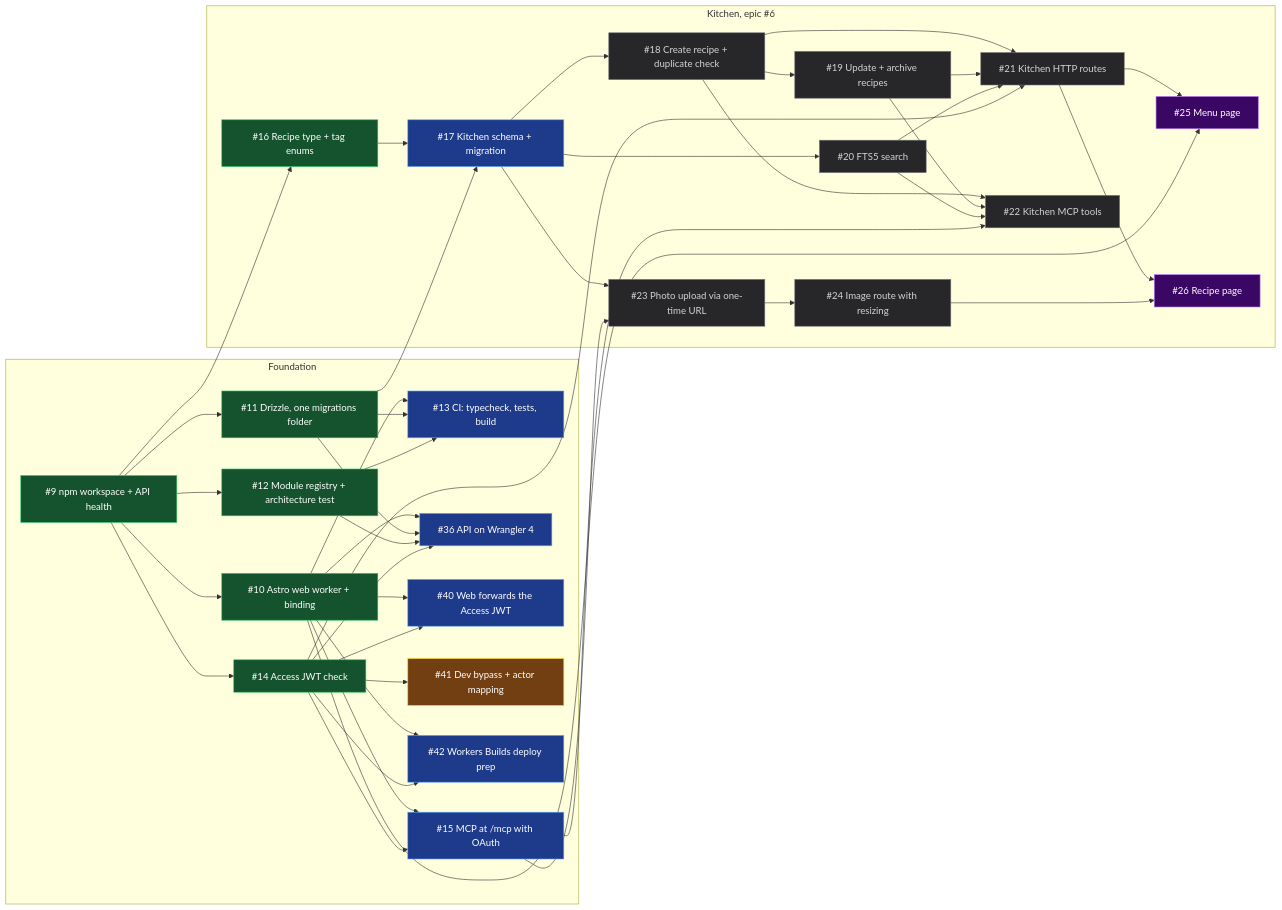
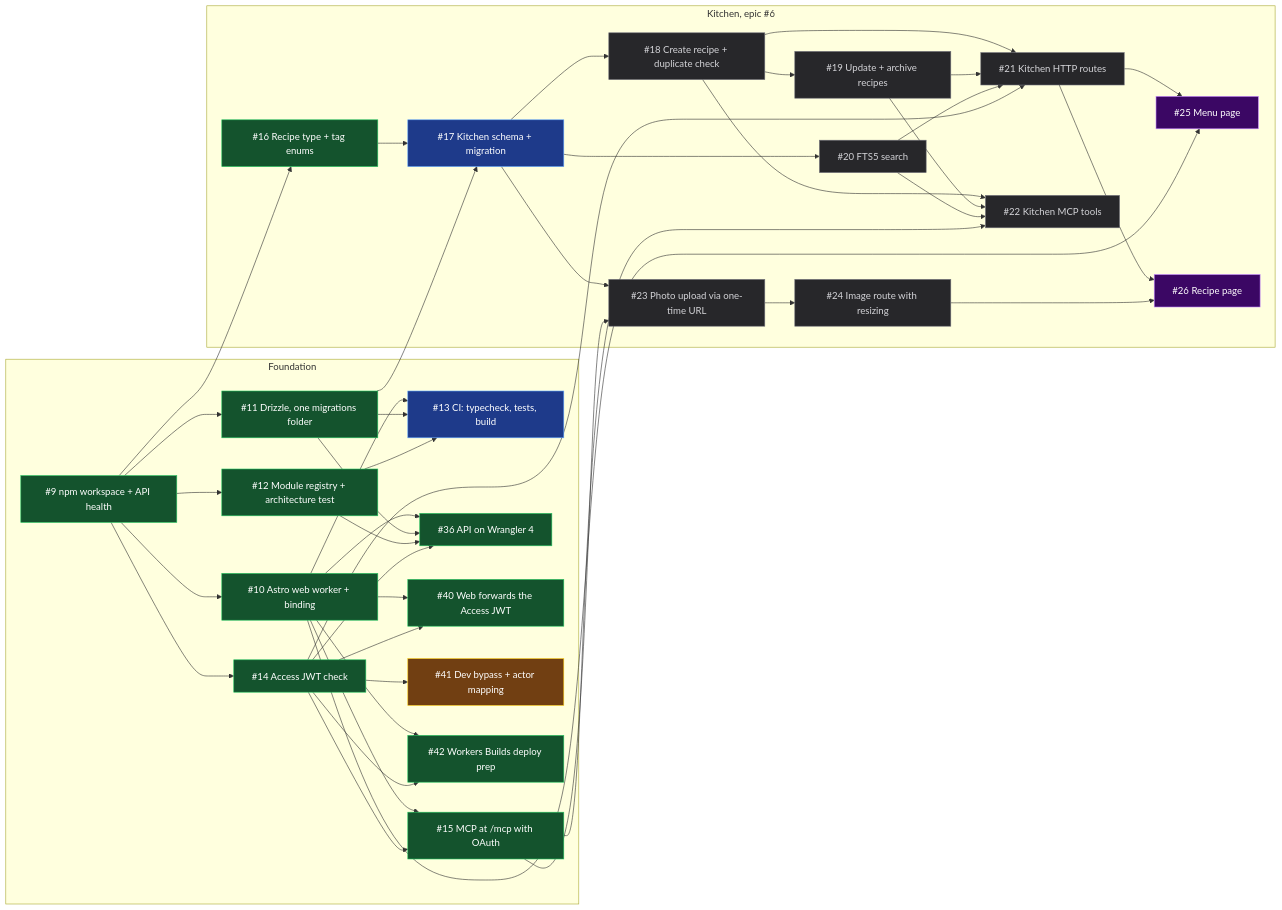
The diagram in docs/roadmap.md (WH1TE-SHAD0W/command-center), drawn with Mermaid before and after one commit. The commit also changed other lines of this file, not shown here.

First line of the commit message:
docs(roadmap): mark wave 2 merged, #17 as the remaining gate, and deploys live (#51)

````diff
--- a/docs/roadmap.md
+++ b/docs/roadmap.md
@@ -23,57 +23,57 @@
 ```mermaid
 flowchart LR
   classDef done fill:#14532d,stroke:#22c55e,color:#fff
   classDef ready fill:#1e3a8a,stroke:#60a5fa,color:#fff
   classDef decide fill:#713f12,stroke:#facc15,color:#fff
   classDef design fill:#3b0764,stroke:#c084fc,color:#fff
   classDef locked fill:#27272a,stroke:#71717a,color:#d4d4d8
 
   subgraph E0["Foundation"]
     I9["#9 npm workspace + API health"]
     I10["#10 Astro web worker + binding"]
     I11["#11 Drizzle, one migrations folder"]
     I12["#12 Module registry + architecture test"]
     I13["#13 CI: typecheck, tests, build"]
     I14["#14 Access JWT check"]
     I15["#15 MCP at /mcp with OAuth"]
     I36["#36 API on Wrangler 4"]
     I40["#40 Web forwards the Access JWT"]
     I41["#41 Dev bypass + actor mapping"]
     I42["#42 Workers Builds deploy prep"]
   end
 
   subgraph K["Kitchen, epic #6"]
     I16["#16 Recipe type + tag enums"]
     I17["#17 Kitchen schema + migration"]
     I18["#18 Create recipe + duplicate check"]
     I19["#19 Update + archive recipes"]
     I20["#20 FTS5 search"]
     I21["#21 Kitchen HTTP routes"]
     I22["#22 Kitchen MCP tools"]
     I23["#23 Photo upload via one-time URL"]
     I24["#24 Image route with resizing"]
     I25["#25 Menu page"]
     I26["#26 Recipe page"]
   end
 
   I9 --> I10 & I11 & I12 & I14 & I16
   I10 & I11 & I12 --> I13
   I10 & I14 --> I15
   I10 & I11 & I12 & I14 --> I36
   I10 & I14 --> I40 & I42
   I14 --> I41
   I11 & I16 --> I17
   I17 --> I18 --> I19
   I17 --> I20
   I18 & I19 & I20 & I14 --> I21
   I18 & I19 & I20 & I15 --> I22
   I17 & I15 --> I23 --> I24
   I21 & I10 --> I25
   I21 & I24 --> I26
 
-  class I9,I10,I11,I12,I14,I16 done
-  class I13,I15,I17,I36,I40,I42 ready
+  class I9,I10,I11,I12,I14,I15,I16,I36,I40,I42 done
+  class I13,I17 ready
   class I41 decide
   class I18,I19,I20,I21,I22,I23,I24 locked
   class I25,I26 design
 ```
````
